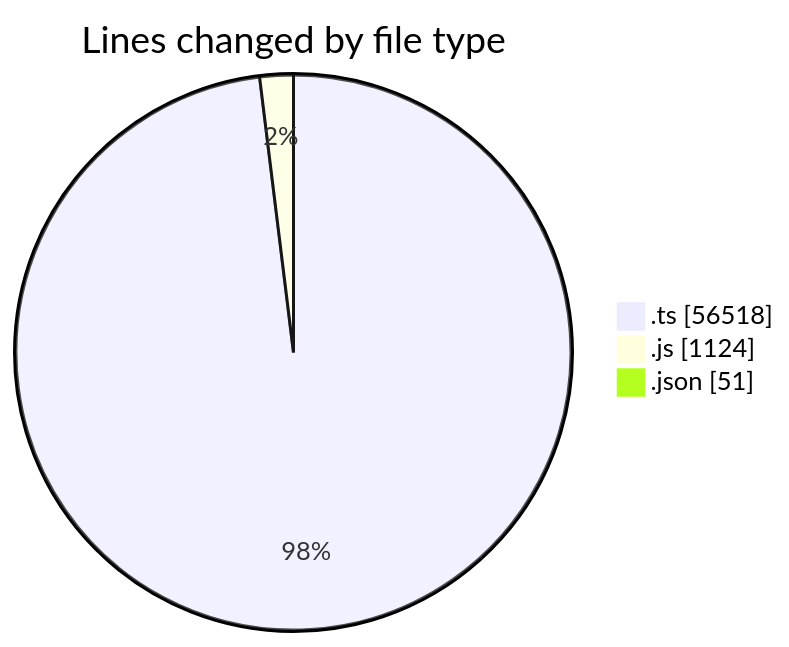
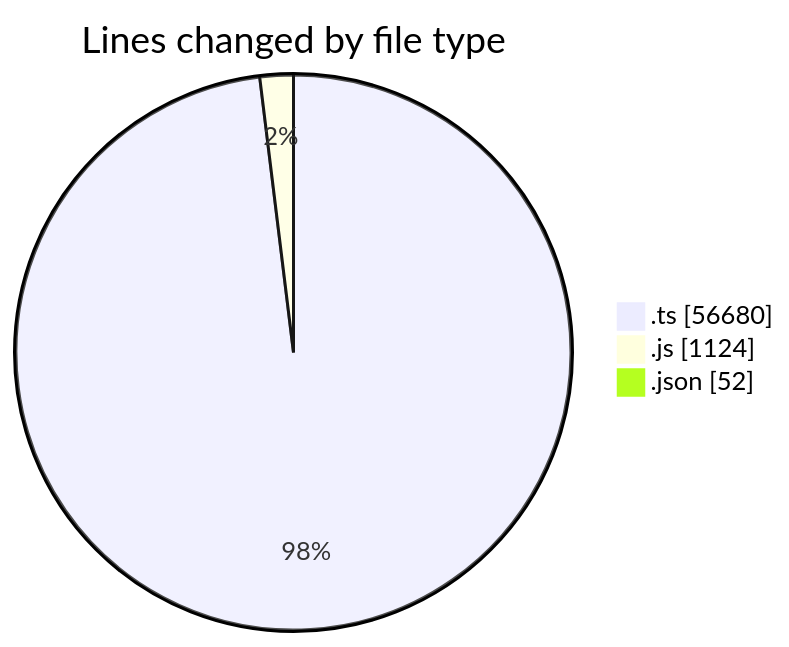
One commit to momahboobian/code-tracking changed the first of 2 diagrams in 2026-10-23/cda/README.md. Above: the diagram before and after it, drawn with Mermaid. The commit also changed other lines of this file and 1 other file, not shown here.

````diff
--- a/2026-10-23/cda/README.md
+++ b/2026-10-23/cda/README.md
@@ -40,7 +41,7 @@
 ```mermaid
 pie showData
 title Lines changed by file type
-".ts" : 56518
+".ts" : 56680
 ".js" : 1124
-".json" : 51
+".json" : 52
 ```
````
